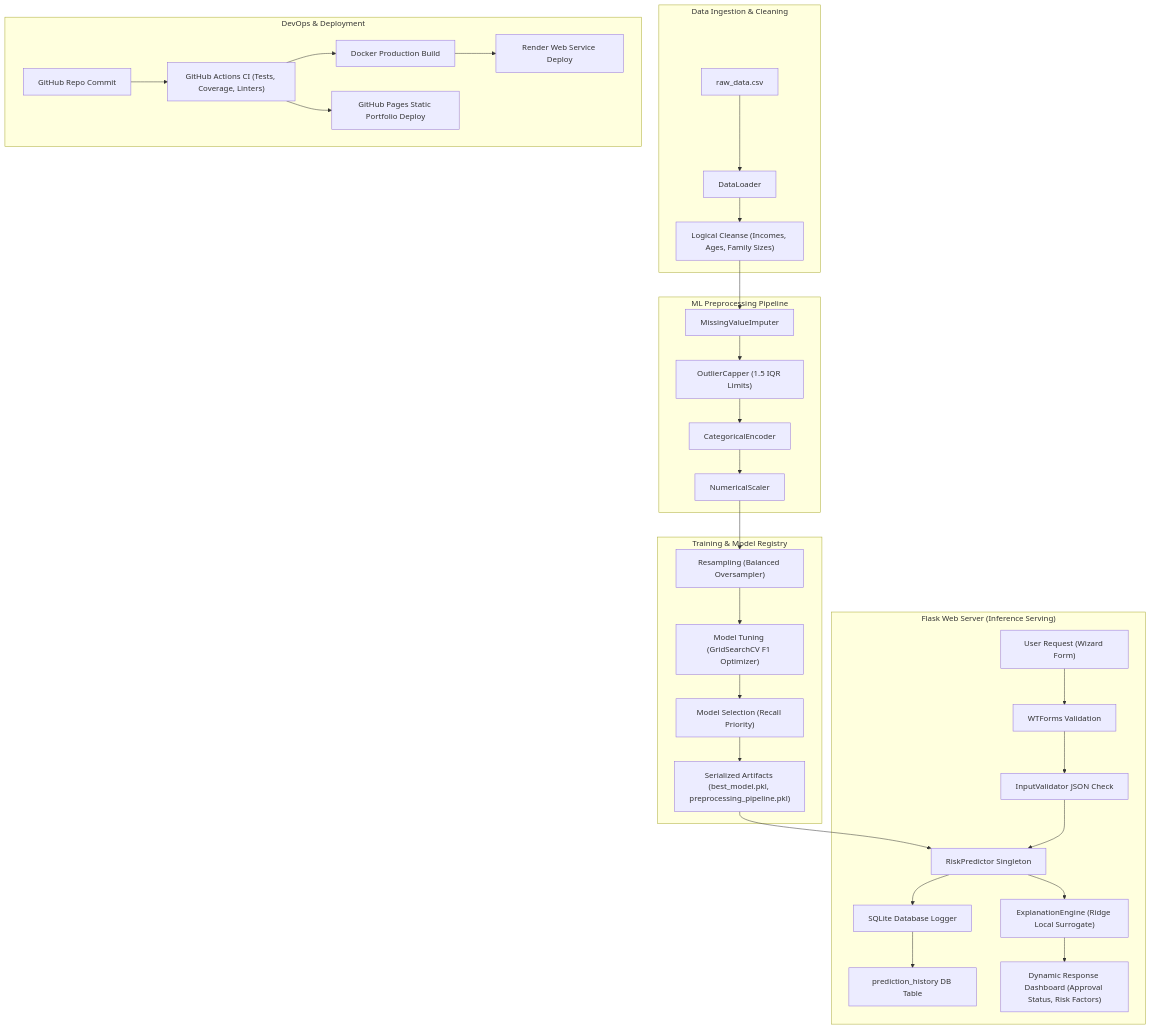
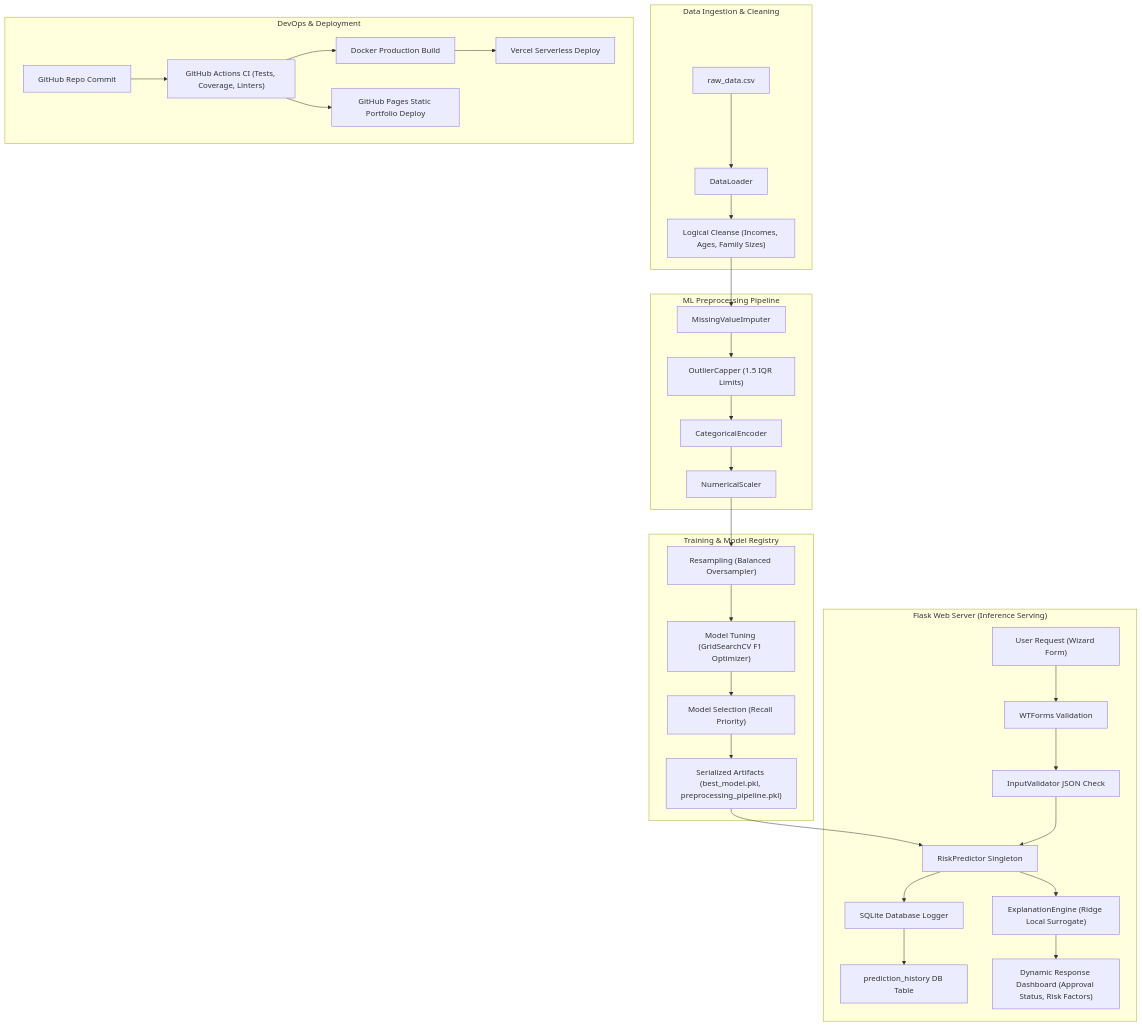
Before and after one commit to skmdshariff143-ai/Credit-Card-Approval-Prediction: the diagram in PROJECT_AUDIT.md, drawn with Mermaid. The commit also changed other lines of this file and 13 other files, not shown here.

Commit message:
docs: remove legacy Render deployment references in favor of Vercel

````diff
--- a/PROJECT_AUDIT.md
+++ b/PROJECT_AUDIT.md
@@ -13,44 +13,44 @@
 ```mermaid
 graph TD
     %% Ingestion Section
     subgraph "Data Ingestion & Cleaning"
         A["raw_data.csv"] --> B["DataLoader"]
         B --> C["Logical Cleanse (Incomes, Ages, Family Sizes)"]
     end
 
     %% Preprocessing Pipeline
     subgraph "ML Preprocessing Pipeline"
         C --> D["MissingValueImputer"]
         D --> E["OutlierCapper (1.5 IQR Limits)"]
         E --> F["CategoricalEncoder"]
         F --> G["NumericalScaler"]
     end
 
     %% Model Training
     subgraph "Training & Model Registry"
         G --> H["Resampling (Balanced Oversampler)"]
         H --> I["Model Tuning (GridSearchCV F1 Optimizer)"]
         I --> J["Model Selection (Recall Priority)"]
         J --> K["Serialized Artifacts (best_model.pkl, preprocessing_pipeline.pkl)"]
     end
 
     %% Flask Application Layer
     subgraph "Flask Web Server (Inference Serving)"
         K --> L["RiskPredictor Singleton"]
         M["User Request (Wizard Form)"] --> N["WTForms Validation"]
         N --> O["InputValidator JSON Check"]
         O --> L
         L --> P["ExplanationEngine (Ridge Local Surrogate)"]
         L --> Q["SQLite Database Logger"]
         Q --> R["prediction_history DB Table"]
         P --> S["Dynamic Response Dashboard (Approval Status, Risk Factors)"]
     end
 
     %% CI/CD & Deployment
     subgraph "DevOps & Deployment"
         T["GitHub Repo Commit"] --> U["GitHub Actions CI (Tests, Coverage, Linters)"]
         U --> V["Docker Production Build"]
-        V --> W["Render Web Service Deploy"]
+        V --> W["Vercel Serverless Deploy"]
         U --> X["GitHub Pages Static Portfolio Deploy"]
     end
 ```
````
